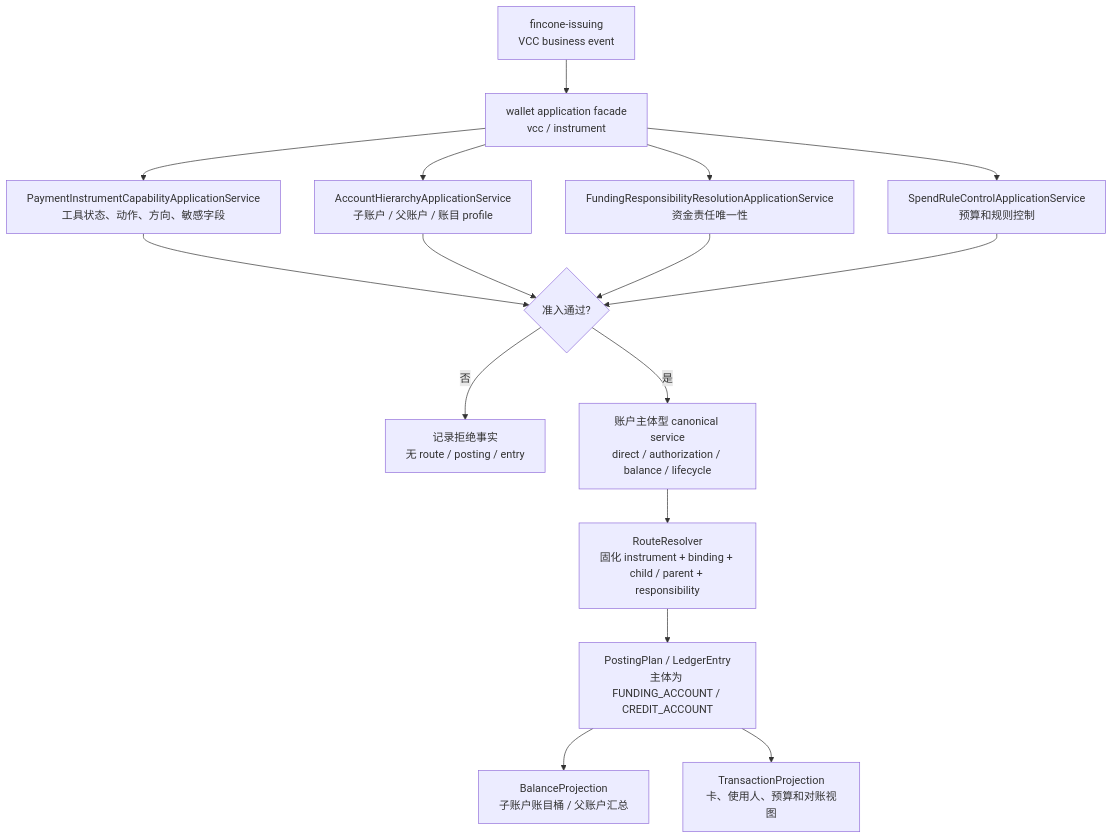
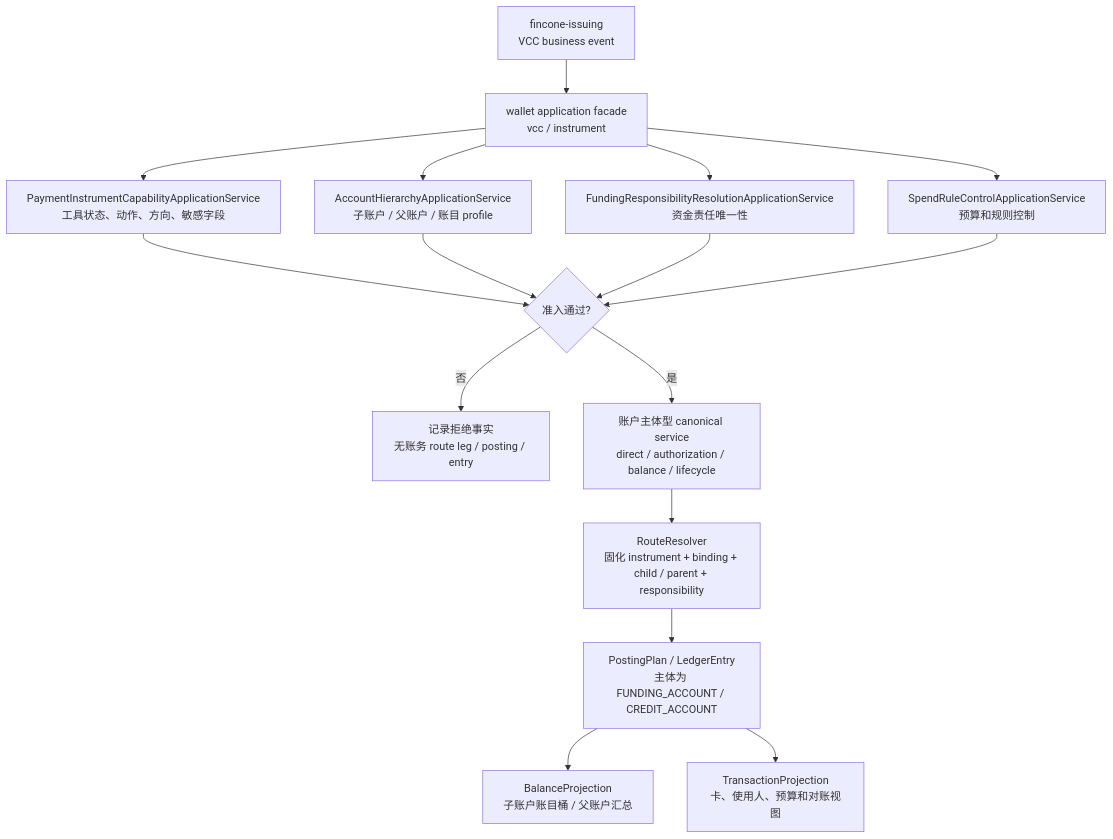
The tenth of 18 diagrams in docs/系分设计/02-交易路由钱包账目与投影系分设计.md (fengwuxp/wind-funds), drawn with Mermaid before and after one commit. The commit also changed other lines of this file and 16 other files, not shown here.

````diff
--- a/docs/系分设计/02-交易路由钱包账目与投影系分设计.md
+++ b/docs/系分设计/02-交易路由钱包账目与投影系分设计.md
@@ -669,18 +669,18 @@
 ```mermaid
 flowchart TD
     A["fincone-issuing<br/>VCC business event"] --> B["wallet application facade<br/>vcc / instrument"]
     B --> C["PaymentInstrumentCapabilityApplicationService<br/>工具状态、动作、方向、敏感字段"]
     B --> D["AccountHierarchyApplicationService<br/>子账户 / 父账户 / 账目 profile"]
     B --> E["FundingResponsibilityResolutionApplicationService<br/>资金责任唯一性"]
     B --> F["SpendRuleControlApplicationService<br/>预算和规则控制"]
     C --> G{"准入通过?"}
     D --> G
     E --> G
     F --> G
-    G -- "否" --> H["记录拒绝事实<br/>无 route / posting / entry"]
+    G -- "否" --> H["记录拒绝事实<br/>无账务 route leg / posting / entry"]
     G -- "是" --> I["账户主体型 canonical service<br/>direct / authorization / balance / lifecycle"]
     I --> J["RouteResolver<br/>固化 instrument + binding + child / parent + responsibility"]
     J --> K["PostingPlan / LedgerEntry<br/>主体为 FUNDING_ACCOUNT / CREDIT_ACCOUNT"]
     K --> L["BalanceProjection<br/>子账户账目桶 / 父账户汇总"]
     K --> M["TransactionProjection<br/>卡、使用人、预算和对账视图"]
 ```
````
